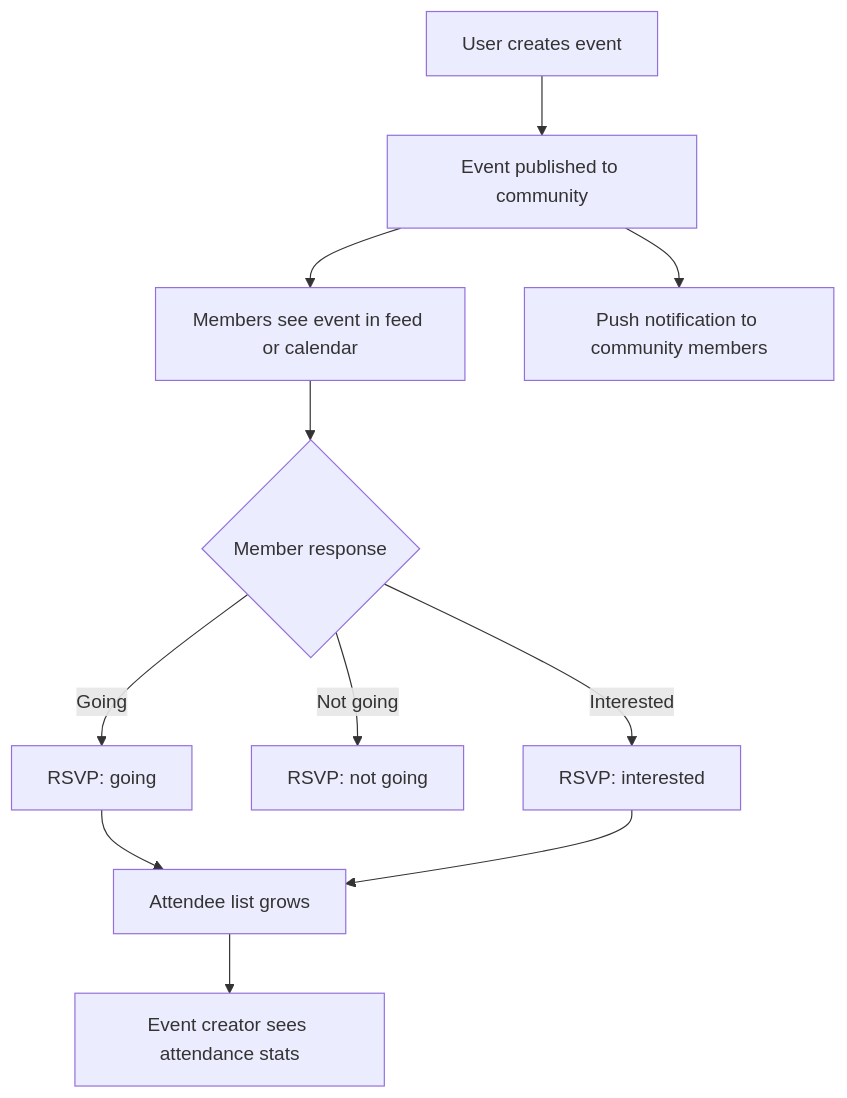
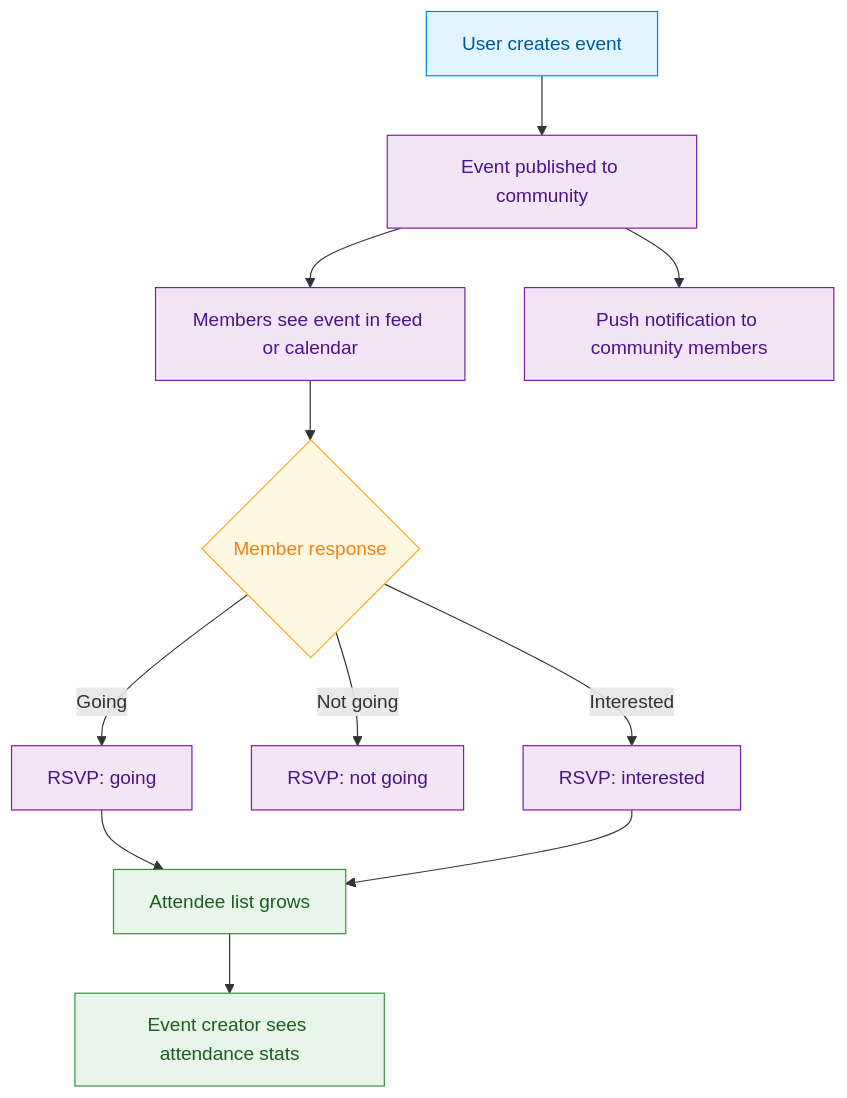
Before and after one commit to AmityCo/social-plus-docs: the diagram in use-cases/social/events-and-activities.mdx, drawn with Mermaid. The commit also changed other lines of this file and 26 other files, not shown here.

````diff
--- a/use-cases/social/events-and-activities.mdx
+++ b/use-cases/social/events-and-activities.mdx
@@ -32,12 +30,22 @@
 ```mermaid
 graph TD
     A[User creates event] --> B[Event published to community]
     B --> C[Members see event in feed or calendar]
     C --> D{Member response}
     D -->|Going| E[RSVP: going]
     D -->|Not going| F[RSVP: not going]
     D -->|Interested| G[RSVP: interested]
     E & G --> H[Attendee list grows]
     H --> I[Event creator sees attendance stats]
     B --> J[Push notification to community members]
+
+    classDef action fill:#e1f5fe,stroke:#0288d1,color:#01579b
+    classDef decision fill:#fff8e1,stroke:#f9a825,color:#f57f17
+    classDef process fill:#f3e5f5,stroke:#7b1fa2,color:#4a148c
+    classDef outcome fill:#e8f5e9,stroke:#388e3c,color:#1b5e20
+
+    class A action
+    class D decision
+    class B,C,E,F,G,J process
+    class H,I outcome
 ```
````
